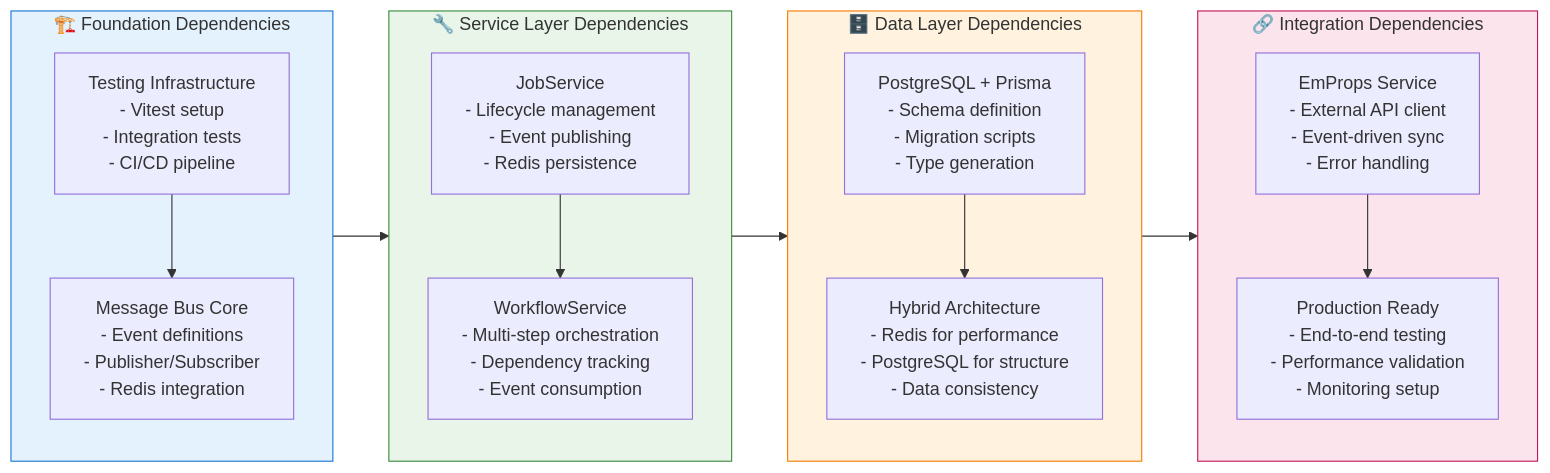
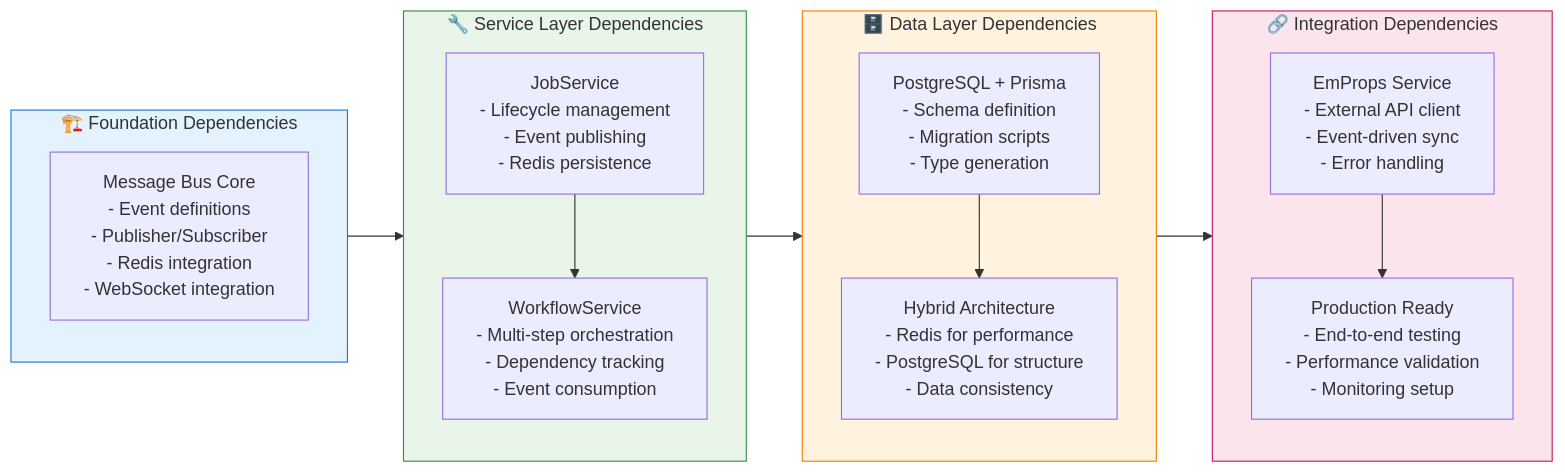
The fourth of 16 diagrams in apps/docs/src/10-development-notes/2025-08-26-unified-modernization-plan.md (stakeordie/emp-job-queue), drawn with Mermaid before and after one commit. The commit also changed other lines of this file, not shown here.

````diff
--- a/apps/docs/src/10-development-notes/2025-08-26-unified-modernization-plan.md
+++ b/apps/docs/src/10-development-notes/2025-08-26-unified-modernization-plan.md
@@ -193,40 +181,38 @@
 ```mermaid
 flowchart LR
     subgraph Foundation["🏗️ Foundation Dependencies"]
-        TestInfra["Testing Infrastructure<br/>- Vitest setup<br/>- Integration tests<br/>- CI/CD pipeline"]
-        MessageCore["Message Bus Core<br/>- Event definitions<br/>- Publisher/Subscriber<br/>- Redis integration"]
-        TestInfra --> MessageCore
+        MessageCore["Message Bus Core<br/>- Event definitions<br/>- Publisher/Subscriber<br/>- Redis integration<br/>- WebSocket integration"]
     end
     
     subgraph ServiceLayer["🔧 Service Layer Dependencies"]
         JobSvc["JobService<br/>- Lifecycle management<br/>- Event publishing<br/>- Redis persistence"]
         WorkflowSvc["WorkflowService<br/>- Multi-step orchestration<br/>- Dependency tracking<br/>- Event consumption"]
         JobSvc --> WorkflowSvc
     end
     
     subgraph DataLayer["🗄️ Data Layer Dependencies"]
         Database["PostgreSQL + Prisma<br/>- Schema definition<br/>- Migration scripts<br/>- Type generation"]
         HybridStorage["Hybrid Architecture<br/>- Redis for performance<br/>- PostgreSQL for structure<br/>- Data consistency"]
         Database --> HybridStorage
     end
     
     subgraph Integration["🔗 Integration Dependencies"]
         EmProps["EmProps Service<br/>- External API client<br/>- Event-driven sync<br/>- Error handling"]
         Production["Production Ready<br/>- End-to-end testing<br/>- Performance validation<br/>- Monitoring setup"]
         EmProps --> Production
     end
     
     Foundation --> ServiceLayer
     ServiceLayer --> DataLayer
     DataLayer --> Integration
     
     classDef foundationStyle fill:#e3f2fd,stroke:#1976d2
     classDef serviceStyle fill:#e8f5e8,stroke:#388e3c
     classDef dataStyle fill:#fff3e0,stroke:#f57c00
     classDef integrationStyle fill:#fce4ec,stroke:#c2185b
     
     class Foundation foundationStyle
     class ServiceLayer serviceStyle
     class DataLayer dataStyle
     class Integration integrationStyle
 ```
````
